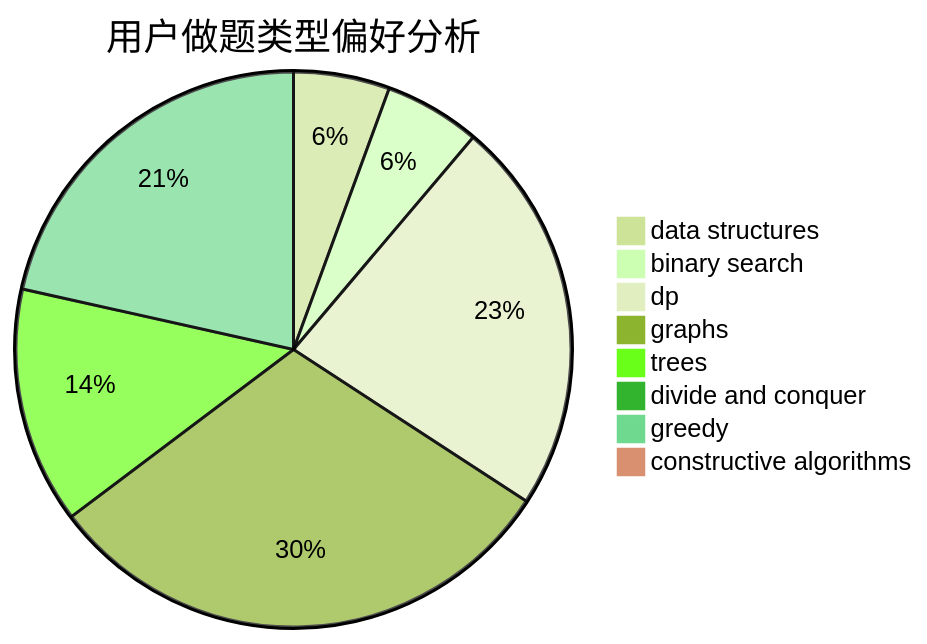
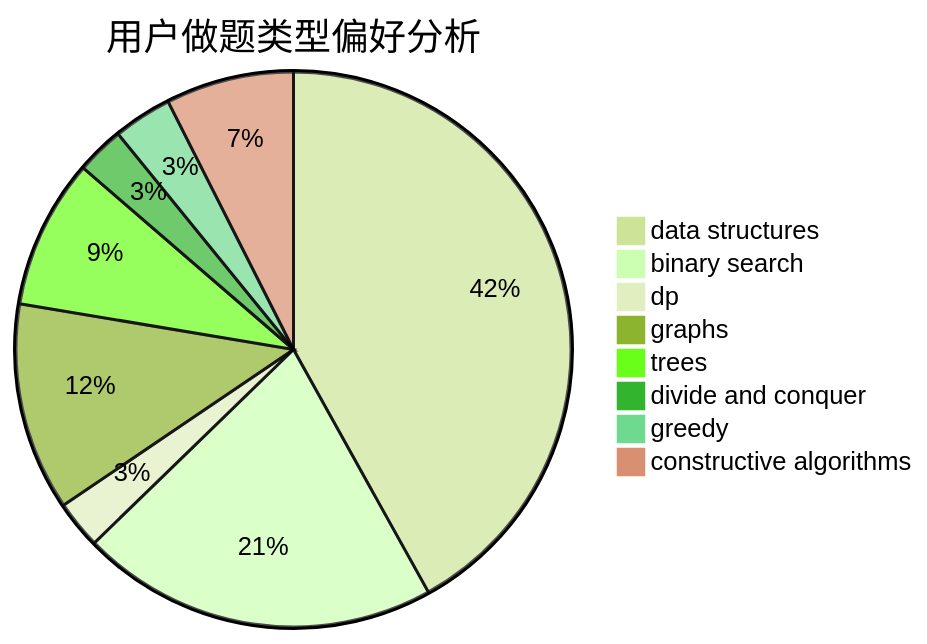
Before and after one commit to sherpahu/cfrs.github.io: the second of 3 diagrams in docs/user/u758.md, drawn with Mermaid (forest theme). The commit also changed other lines of this file and 2770 other files, not shown here.

````diff
--- a/docs/user/u758.md
+++ b/docs/user/u758.md
@@ -23,11 +23,11 @@
 ```mermaid
 pie title 用户做题类型偏好分析
-    "data structures" :  26
-    "binary search" :  26
-    "dp" :  107
-    "graphs" :  142
-    "trees" :  64
-    "divide and conquer" :  0
-    "greedy" :  100
-    "constructive algorithms" :  4
+    "data structures" :  135
+    "binary search" :  67
+    "dp" :  9
+    "graphs" :  39
+    "trees" :  28
+    "divide and conquer" :  9
+    "greedy" :  11
+    "constructive algorithms" :  24
 ```
````
